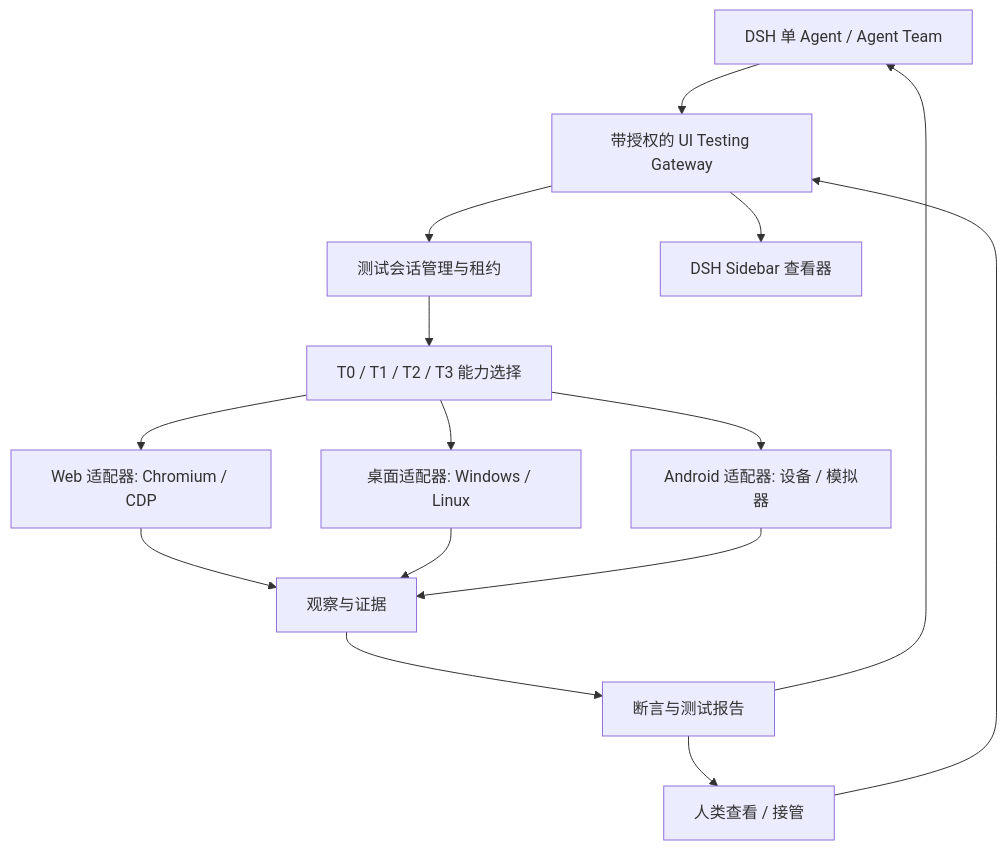
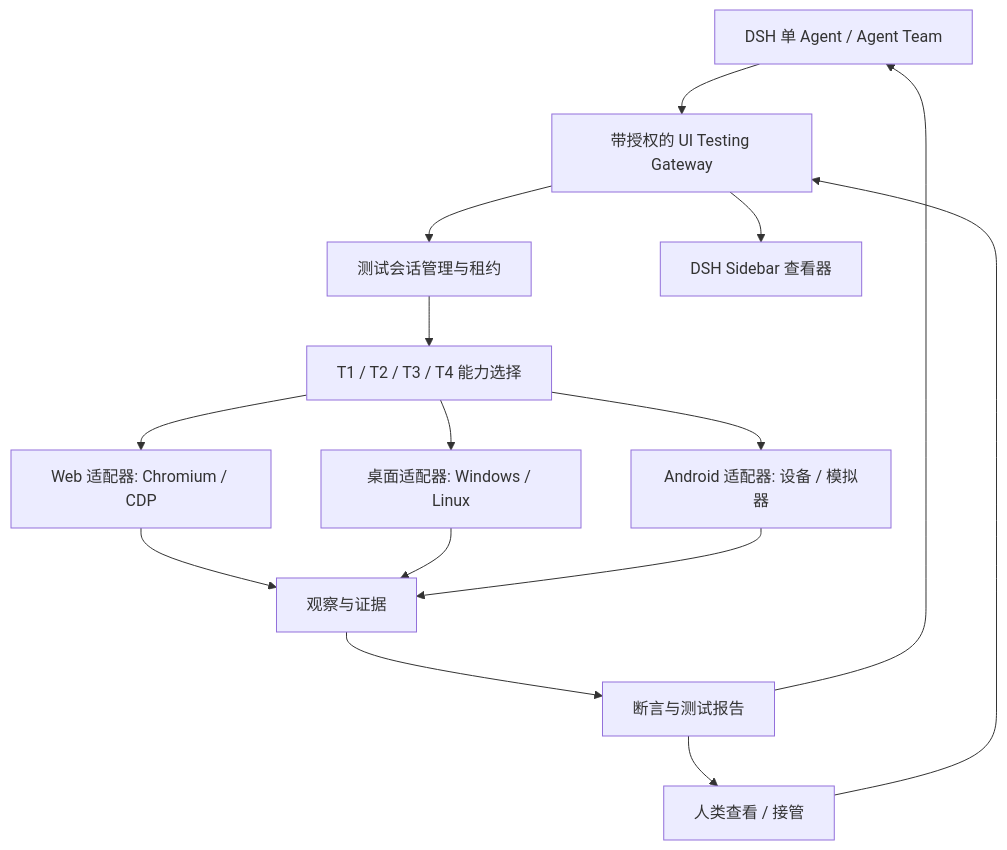
One commit to bloodarea/dsh-agent-team-ui-testing changed the diagram in README_zh.md. Above: the diagram before and after it, drawn with Mermaid. The commit also changed other lines of this file and 21 other files, not shown here.

````diff
--- a/README_zh.md
+++ b/README_zh.md
@@ -115,17 +115,17 @@
 ```mermaid
 flowchart TD
     A[DSH 单 Agent / Agent Team] --> G[带授权的 UI Testing Gateway]
     H[人类查看 / 接管] --> G
     G --> M[测试会话管理与租约]
     G --> V[DSH Sidebar 查看器]
-    M --> P[T0 / T1 / T2 / T3 能力选择]
+    M --> P[T1 / T2 / T3 / T4 能力选择]
     P --> B[Web 适配器: Chromium / CDP]
     P --> D[桌面适配器: Windows / Linux]
     P --> R[Android 适配器: 设备 / 模拟器]
     B --> E[观察与证据]
     D --> E
     R --> E
     E --> X[断言与测试报告]
     X --> A
     X --> H
 ```
````
